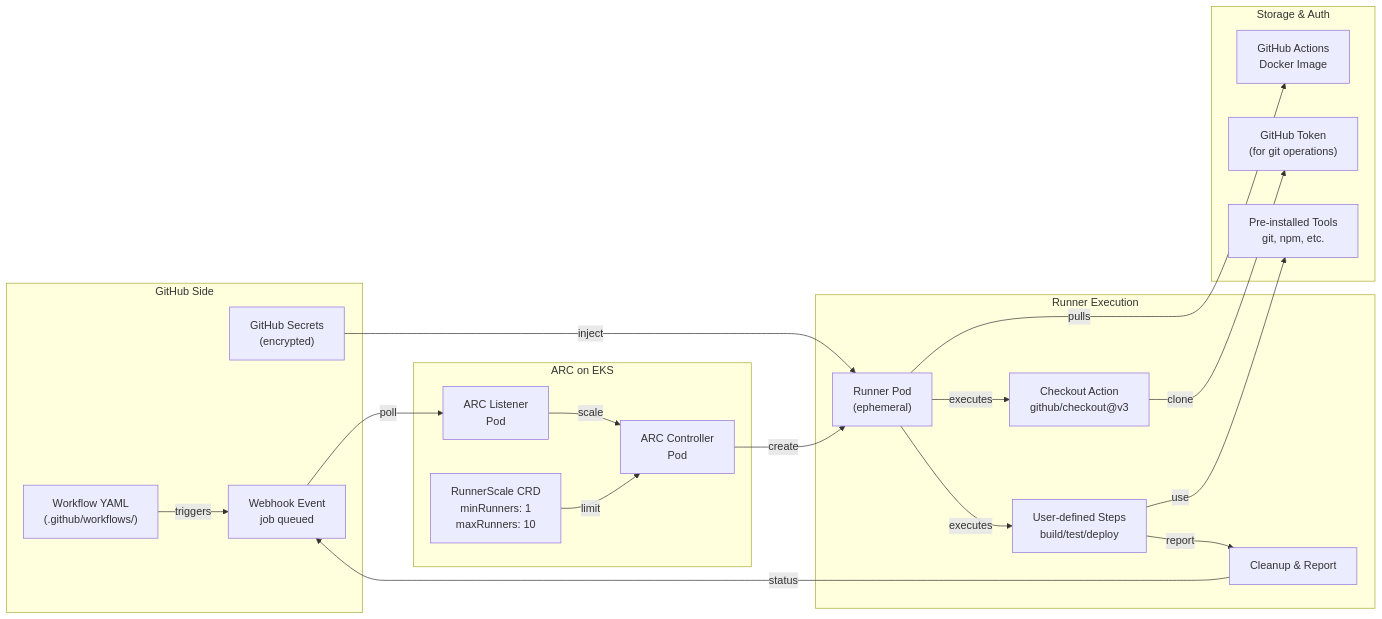
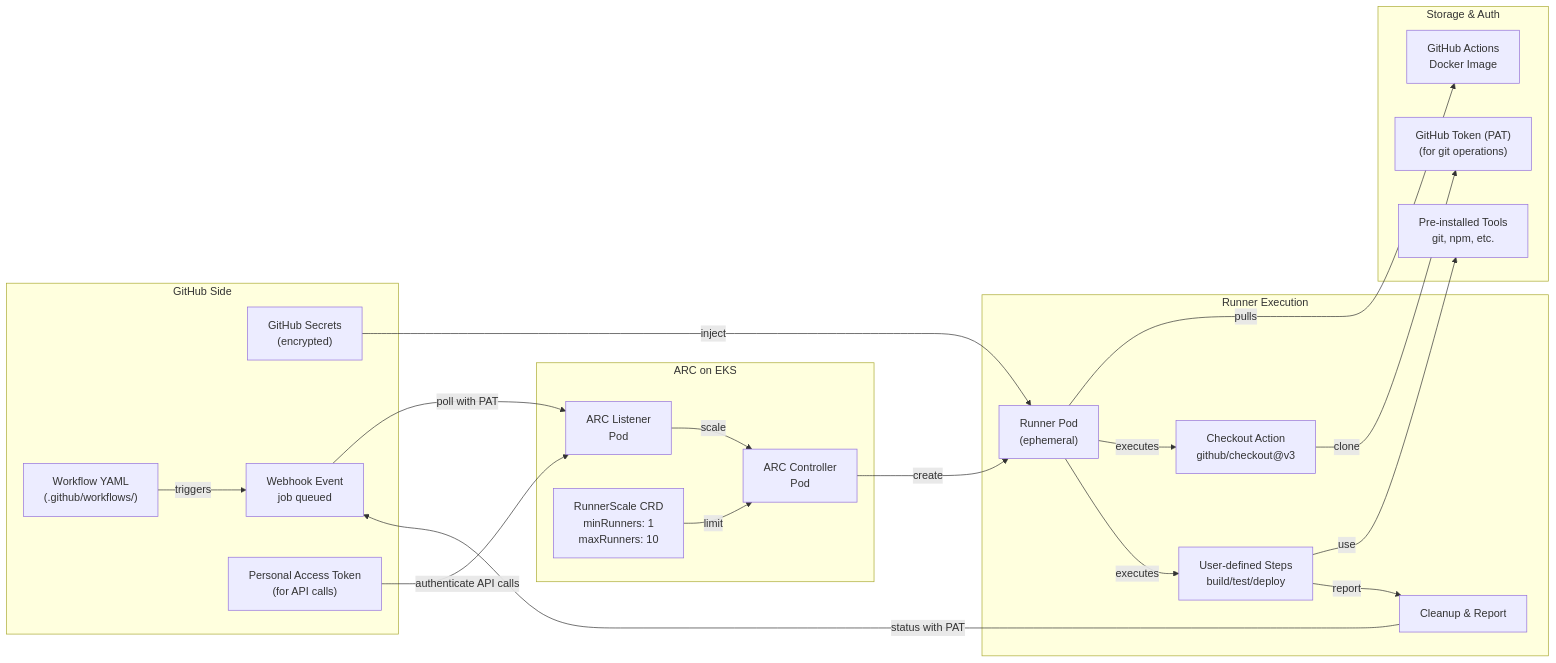
The eighth of 12 diagrams in DIAGRAMS.md (ajaychinthapalli/github-action-eks-runners), drawn with Mermaid before and after one commit. The commit also changed other lines of this file, not shown here.

Commit message:
Update diagrams to reflect PAT authentication instead of GitHub App

````diff
--- a/DIAGRAMS.md
+++ b/DIAGRAMS.md
@@ -352,41 +350,43 @@
 ```mermaid
 graph LR
     subgraph "GitHub Side"
         Workflow["Workflow YAML<br/>(.github/workflows/)"]
         Secrets["GitHub Secrets<br/>(encrypted)"]
         Webhook["Webhook Event<br/>job queued"]
+        PAT["Personal Access Token<br/>(for API calls)"]
     end
     
     subgraph "ARC on EKS"
         Listener["ARC Listener<br/>Pod"]
         Controller["ARC Controller<br/>Pod"]
         ScaleConfig["RunnerScale CRD<br/>minRunners: 1<br/>maxRunners: 10"]
     end
     
     subgraph "Runner Execution"
         RunnerPod["Runner Pod<br/>(ephemeral)"]
         Checkout["Checkout Action<br/>github/checkout@v3"]
         UserSteps["User-defined Steps<br/>build/test/deploy"]
         Teardown["Cleanup & Report"]
     end
     
     subgraph "Storage & Auth"
         Actions["GitHub Actions<br/>Docker Image"]
         Tools["Pre-installed Tools<br/>git, npm, etc."]
-        GHToken["GitHub Token<br/>(for git operations)"]
+        GHToken["GitHub Token (PAT)<br/>(for git operations)"]
     end
     
     Workflow -->|triggers| Webhook
     Secrets -->|inject| RunnerPod
-    Webhook -->|poll| Listener
+    Webhook -->|poll with PAT| Listener
     Listener -->|scale| Controller
     ScaleConfig -->|limit| Controller
     Controller -->|create| RunnerPod
     RunnerPod -->|pulls| Actions
     RunnerPod -->|executes| Checkout
     Checkout -->|clone| GHToken
     RunnerPod -->|executes| UserSteps
     UserSteps -->|use| Tools
     UserSteps -->|report| Teardown
-    Teardown -->|status| Webhook
+    Teardown -->|status with PAT| Webhook
+    PAT -->|authenticate API calls| Listener
 ```
````
